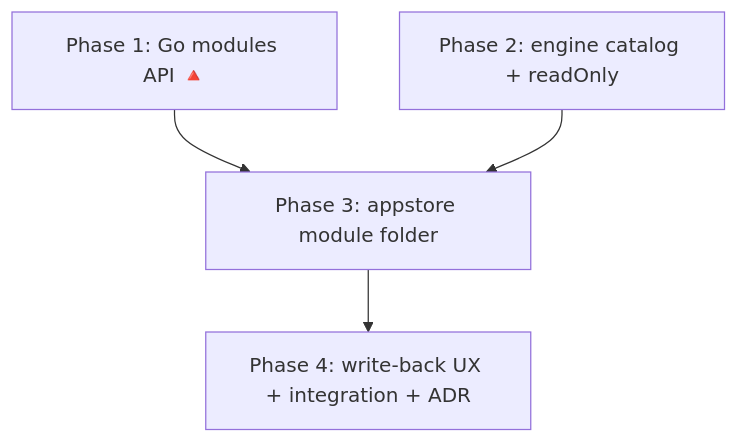
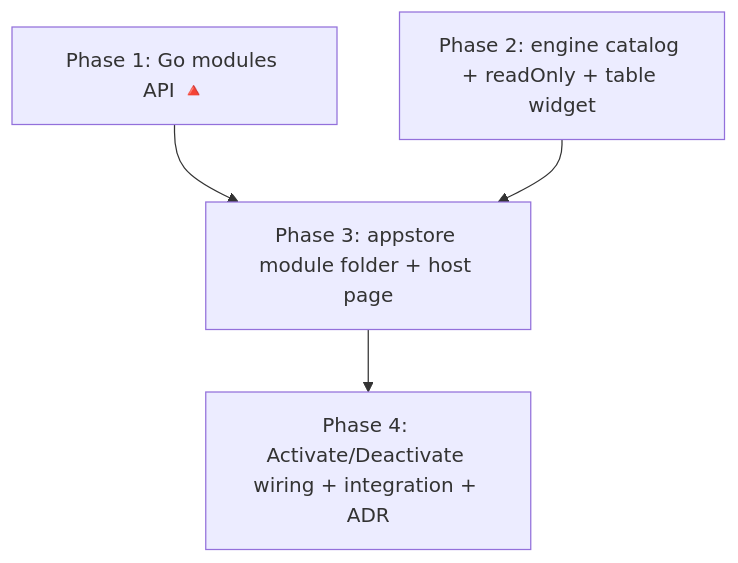
Before and after one commit to noiia/EERP: the second of 2 diagrams in docs/roadmaps/app-store.md, drawn with Mermaid. The commit also changed other lines of this file and 43 other files, not shown here.

First line of the commit message:
feat(appstore): module-management API, engine gaps, and the App Store module

````diff
--- a/docs/roadmaps/app-store.md
+++ b/docs/roadmaps/app-store.md
@@ -203,6 +479,6 @@
 ```mermaid
 flowchart TD
-    P1[Phase 1: Go modules API 🔺] --> P3[Phase 3: appstore module folder]
-    P2[Phase 2: engine catalog + readOnly] --> P3
-    P3 --> P4[Phase 4: write-back UX + integration + ADR]
+    P1[Phase 1: Go modules API 🔺] --> P3[Phase 3: appstore module folder + host page]
+    P2[Phase 2: engine catalog + readOnly + table widget] --> P3
+    P3 --> P4[Phase 4: Activate/Deactivate wiring + integration + ADR]
 ```
````
